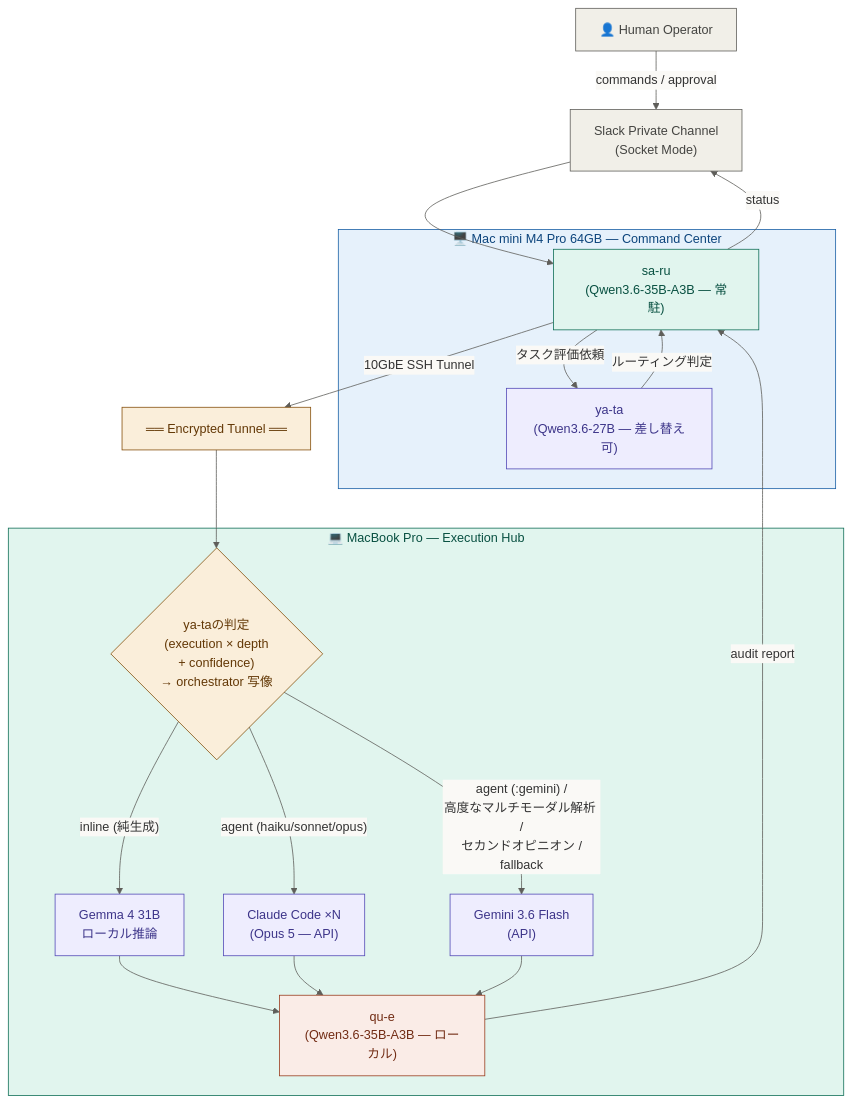
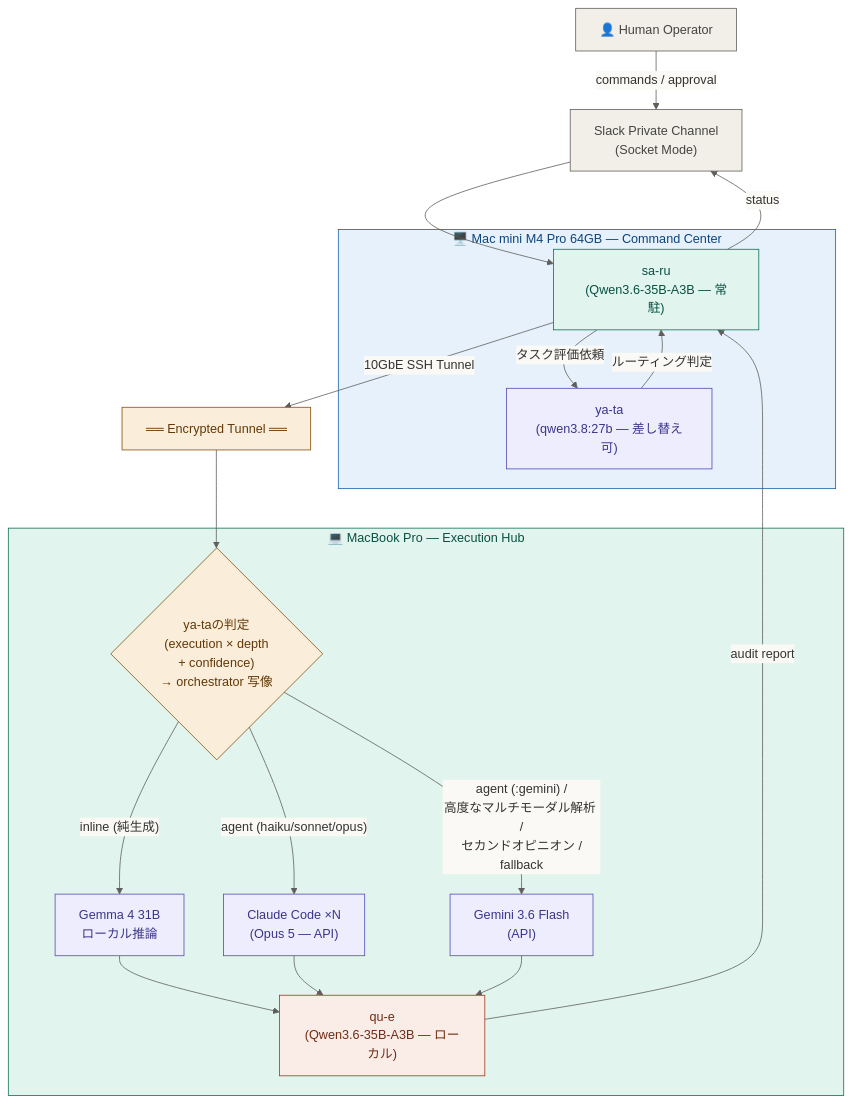
The first of 5 diagrams in docs/design/design-development-system.md (denkaishitsu/taka-ma), drawn with Mermaid before and after one commit. The commit also changed other lines of this file and 45 other files, not shown here.

````diff
--- a/docs/design/design-development-system.md
+++ b/docs/design/design-development-system.md
@@ -119,49 +119,49 @@
 ```mermaid
 %%{init: {'theme':'base', 'themeVariables': {'background':'#FAF9F6','lineColor':'#5F5E5A','edgeLabelBackground':'#FAF9F6'}}}%%
 flowchart TD
     HUMAN["👤 Human Operator"]
     HUMAN -->|"commands / approval"| SLACK
 
     SLACK["Slack Private Channel\n(Socket Mode)"]
     SLACK --> OC
 
     subgraph MINI["🖥️ Mac mini M4 Pro 64GB — Command Center"]
         OC["sa-ru\n(Qwen3.6-35B-A3B — 常駐)"]
         OC -->|"タスク評価依頼"| GW
-        GW["ya-ta\n(Qwen3.6-27B — 差し替え可)"]
+        GW["ya-ta\n(qwen3.8:27b — 差し替え可)"]
         GW -->|"ルーティング判定"| OC
     end
 
     OC -->|"10GbE SSH Tunnel"| TUNNEL["══ Encrypted Tunnel ══"]
 
     TUNNEL --> ROUTER
 
     subgraph MBP["💻 MacBook Pro — Execution Hub"]
         ROUTER{"ya-taの判定\n(execution × depth\n+ confidence)\n→ orchestrator 写像"}
         ROUTER -->|"inline (純生成)"| LLAMA["Gemma 4 31B<br>ローカル推論"]
         ROUTER -->|"agent (haiku/sonnet/opus)"| CC["Claude Code ×N<br>(Opus 5 — API)"]
         ROUTER -->|"agent (:gemini) /<br>高度なマルチモーダル解析 /<br>セカンドオピニオン /<br>fallback"| GEMINI["Gemini 3.6 Flash<br>(API)"]
 
         LLAMA --> SENT
         CC --> SENT
         GEMINI --> SENT
 
         SENT["qu-e<br>(Qwen3.6-35B-A3B — ローカル)"]
     end
 
     SENT -->|"audit report"| OC
     OC -->|"status"| SLACK
 
     style HUMAN fill:#F1EFE8,stroke:#5F5E5A,color:#444441
     style SLACK fill:#F1EFE8,stroke:#5F5E5A,color:#444441
     style MINI fill:#E6F1FB,stroke:#185FA5,color:#0C447C
     style OC fill:#E1F5EE,stroke:#0F6E56,color:#085041
     style GW fill:#EEEDFE,stroke:#534AB7,color:#3C3489
     style TUNNEL fill:#FAEEDA,stroke:#854F0B,color:#633806
     style MBP fill:#E1F5EE,stroke:#0F6E56,color:#085041
     style ROUTER fill:#FAEEDA,stroke:#854F0B,color:#633806
     style LLAMA fill:#EEEDFE,stroke:#534AB7,color:#3C3489
     style CC fill:#EEEDFE,stroke:#534AB7,color:#3C3489
     style GEMINI fill:#EEEDFE,stroke:#534AB7,color:#3C3489
     style SENT fill:#FAECE7,stroke:#993C1D,color:#712B13
 ```
````
